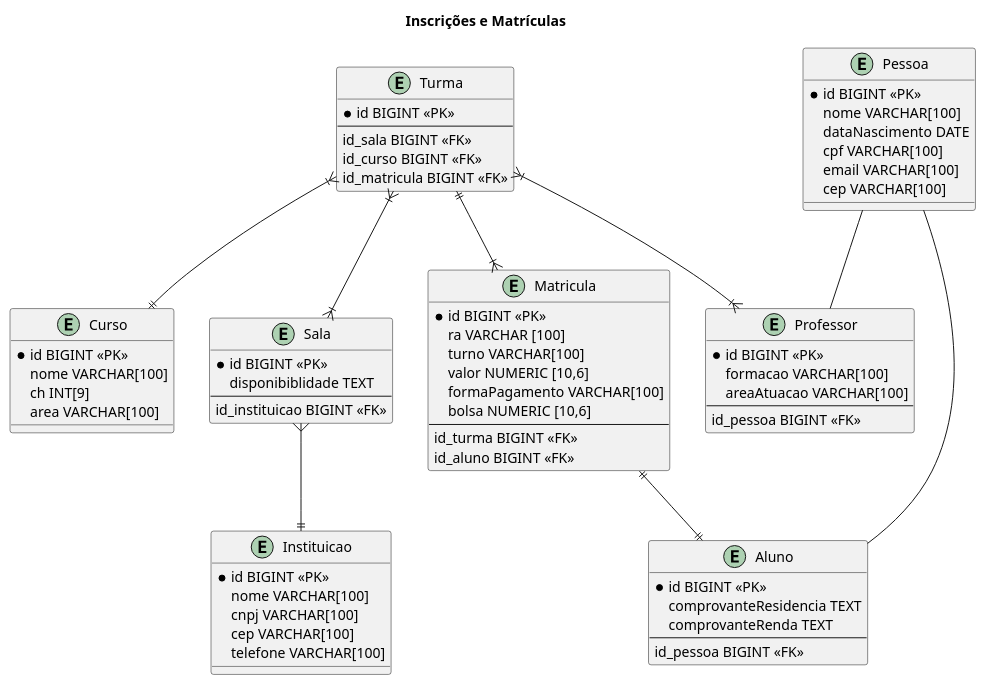
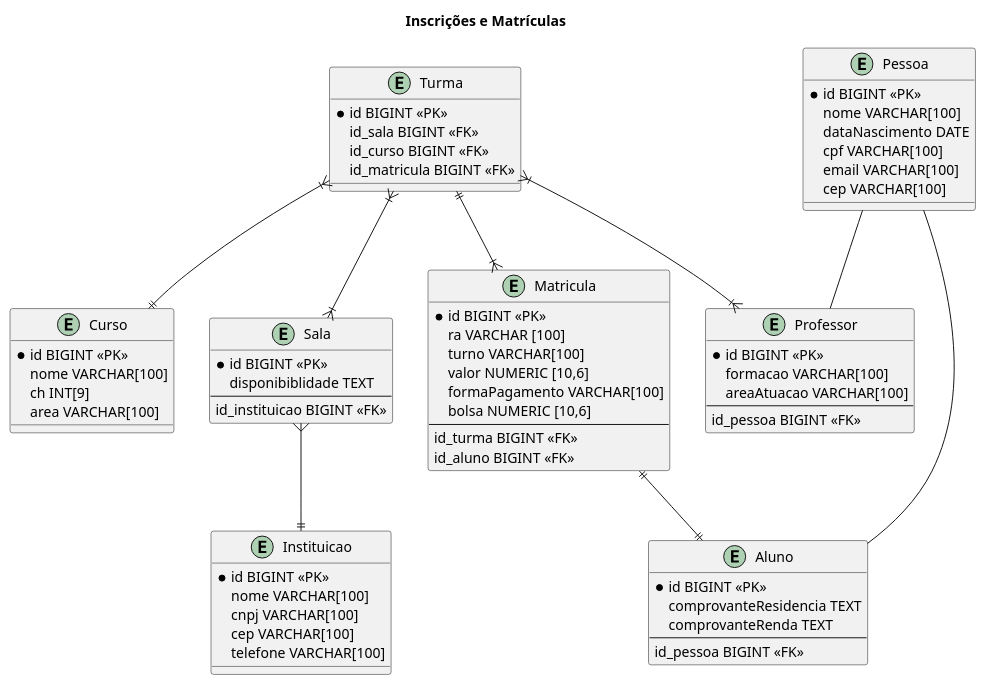
One commit to galaticghost/guieq.klarrind changed the diagram in Modelagem/inscriçãoMatrículas.wsd. Above: the diagram before and after it, drawn with PlantUML. The commit also changed 14 other files, not shown here.

```diff
--- a/Modelagem/inscriçãoMatrículas.wsd
+++ b/Modelagem/inscriçãoMatrículas.wsd
@@ -1,80 +1,79 @@
 @startuml Inscrições e Matriculas
 
 title Inscrições e Matrículas
 
 entity Turma{
     * id BIGINT <<PK>>
-    --
     id_sala BIGINT <<FK>>
     id_curso BIGINT <<FK>>
     id_matricula BIGINT <<FK>>
 }
 
 entity Curso{
     * id BIGINT <<PK>>
     nome VARCHAR[100]
     ch INT[9]
     area VARCHAR[100]
 }
 
 entity Instituicao {
     * id BIGINT <<PK>>
     nome VARCHAR[100]
     cnpj VARCHAR[100]
     cep VARCHAR[100]
     telefone VARCHAR[100]
 }
 
 entity Sala {
     * id BIGINT <<PK>>
     disponibiblidade TEXT
     --
     id_instituicao BIGINT <<FK>>
 }
 
 entity Matricula{
     * id BIGINT <<PK>>
     ra VARCHAR [100]
     turno VARCHAR[100]
     valor NUMERIC [10,6]
     formaPagamento VARCHAR[100]
     bolsa NUMERIC [10,6]
     --
     id_turma BIGINT <<FK>>
     id_aluno BIGINT <<FK>>
 }
 
 entity Professor{
     * id BIGINT <<PK>>
     formacao VARCHAR[100]
     areaAtuacao VARCHAR[100]
     --
     id_pessoa BIGINT <<FK>>
 }
 
 entity Aluno{
     * id BIGINT <<PK>>
     comprovanteResidencia TEXT
     comprovanteRenda TEXT
     --
     id_pessoa BIGINT <<FK>>
 }
 
 entity Pessoa{
     * id BIGINT <<PK>>
     nome VARCHAR[100]
     dataNascimento DATE
     cpf VARCHAR[100]
     email VARCHAR[100]
     cep VARCHAR[100]
 }
 
 Pessoa -- Aluno
 Pessoa -- Professor
 Matricula ||--|| Aluno
 Sala }--|| Instituicao
 Turma }|--|{ Professor
 Turma }|--|| Curso
 Turma ||--|{ Matricula
 Turma }|--|{ Sala
 @enduml
```
